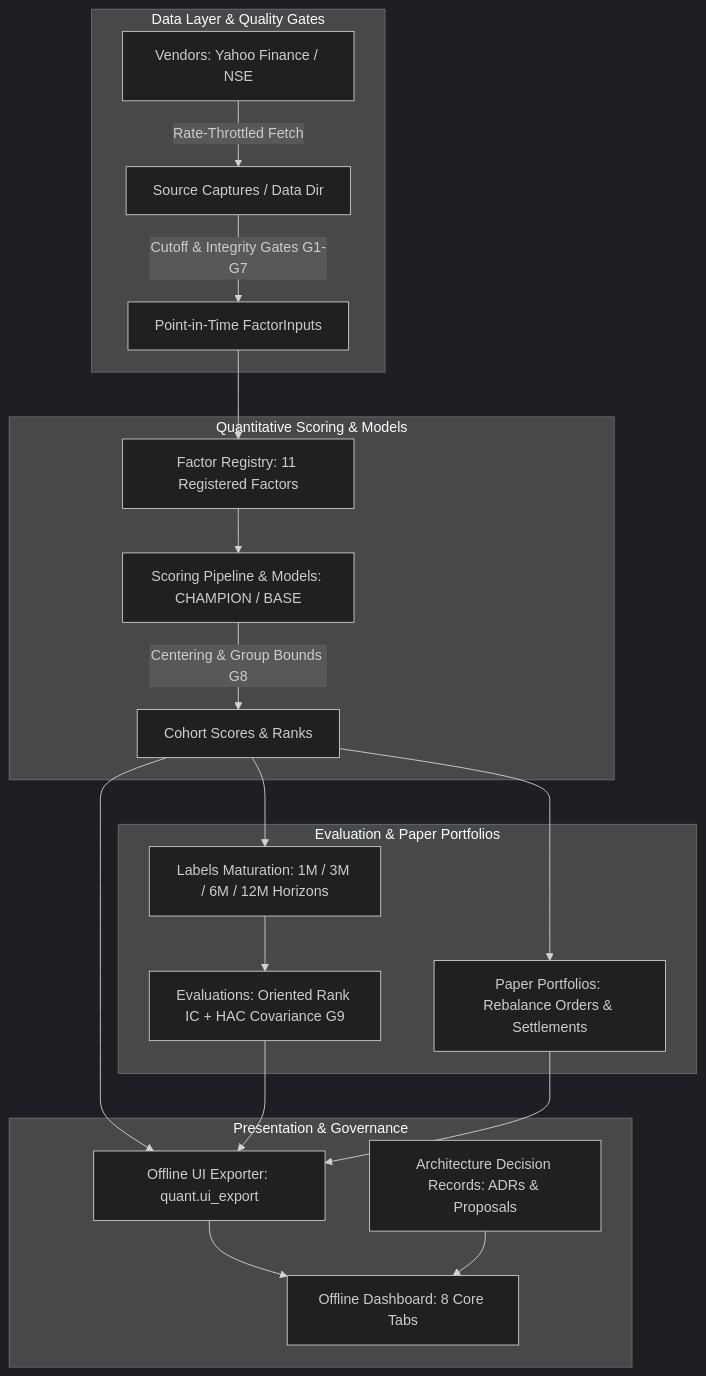
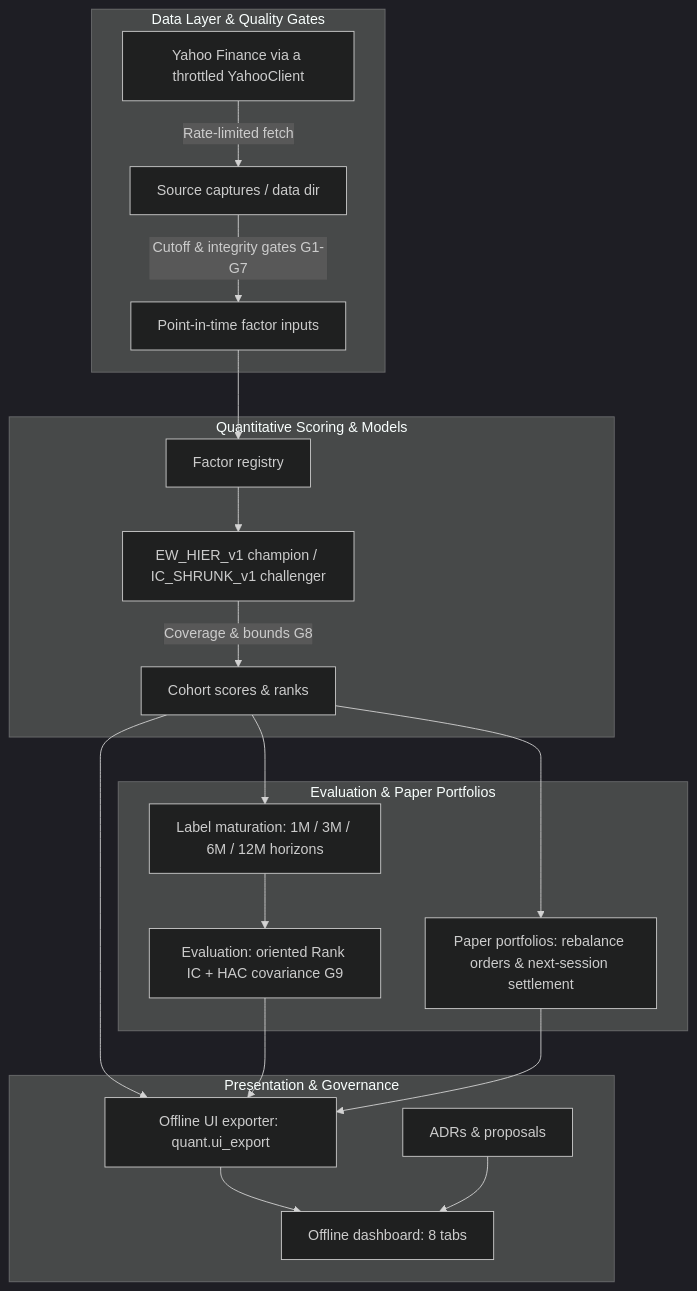
One commit to saurabnigam/multi-bagger-stocks-ml-train-loop changed the diagram in README.md. Above: the diagram before and after it, drawn with Mermaid (dark theme). The commit also changed other lines of this file and 40 other files, not shown here.

````diff
--- a/README.md
+++ b/README.md
@@ -21,25 +37,25 @@
 ```mermaid
 graph TD
     subgraph Data Layer & Quality Gates
-        V[Vendors: Yahoo Finance / NSE] -->|Rate-Throttled Fetch| C[Source Captures / Data Dir]
-        C -->|Cutoff & Integrity Gates G1-G7| DI[Point-in-Time FactorInputs]
+        V[Yahoo Finance via a throttled YahooClient] -->|Rate-limited fetch| C[Source captures / data dir]
+        C -->|Cutoff & integrity gates G1-G7| DI[Point-in-time factor inputs]
     end
 
     subgraph Quantitative Scoring & Models
-        DI --> FR[Factor Registry: 11 Registered Factors]
-        FR --> M[Scoring Pipeline & Models: CHAMPION / BASE]
-        M -->|Centering & Group Bounds G8| S[Cohort Scores & Ranks]
+        DI --> FR[Factor registry]
+        FR --> M[EW_HIER_v1 champion / IC_SHRUNK_v1 challenger]
+        M -->|Coverage & bounds G8| S[Cohort scores & ranks]
     end
 
     subgraph Evaluation & Paper Portfolios
-        S --> L[Labels Maturation: 1M / 3M / 6M / 12M Horizons]
-        L --> EV[Evaluations: Oriented Rank IC + HAC Covariance G9]
-        S --> P[Paper Portfolios: Rebalance Orders & Settlements]
+        S --> L[Label maturation: 1M / 3M / 6M / 12M horizons]
+        L --> EV[Evaluation: oriented Rank IC + HAC covariance G9]
+        S --> P[Paper portfolios: rebalance orders & next-session settlement]
     end
 
     subgraph Presentation & Governance
-        S & EV & P --> EX[Offline UI Exporter: quant.ui_export]
-        EX --> UI[Offline Dashboard: 8 Core Tabs]
-        KB[Architecture Decision Records: ADRs & Proposals] --> UI
+        S & EV & P --> EX[Offline UI exporter: quant.ui_export]
+        EX --> UI[Offline dashboard: 8 tabs]
+        KB[ADRs & proposals] --> UI
     end
 ```
````
